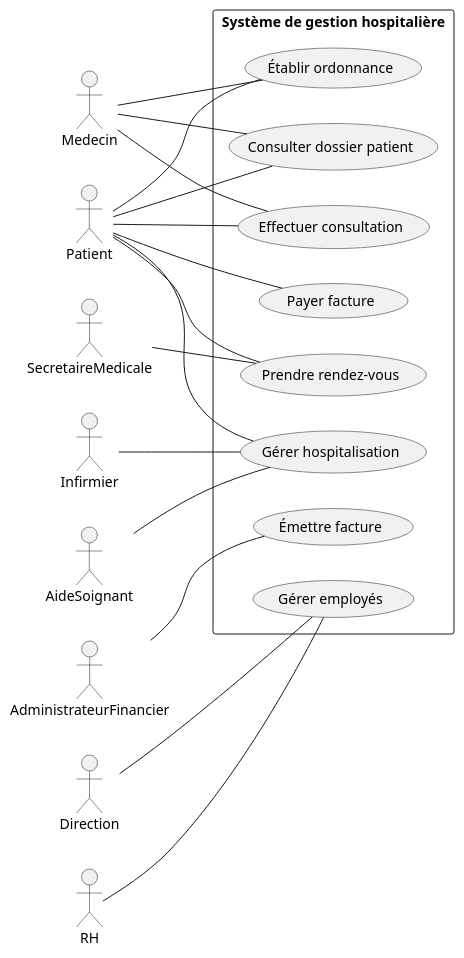
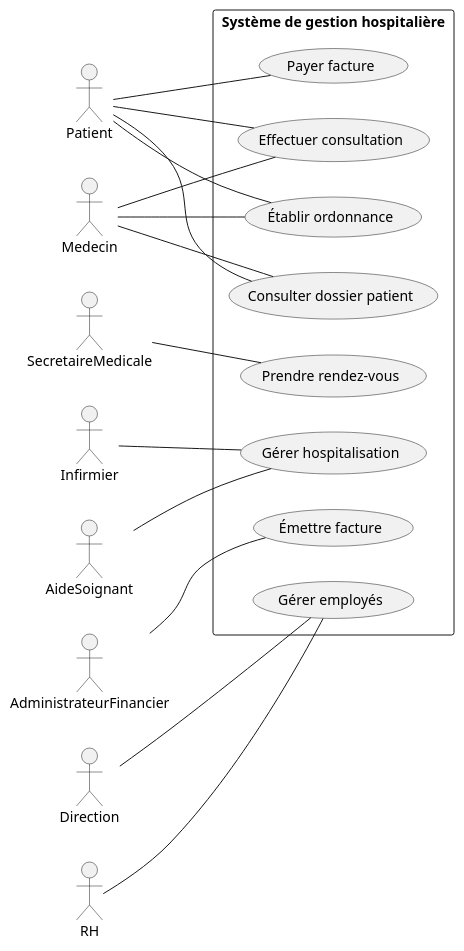
The diagram in diagramme/diagramme.puml (madara123-droid/frontent_gestion_clinique), drawn with PlantUML before and after one commit. The commit also changed 17 other files, not shown here.

```diff
--- a/diagramme/diagramme.puml
+++ b/diagramme/diagramme.puml
@@ -1,41 +1,39 @@
 @startuml diagramme_gestion_hospitaliere
 left to right direction
 
 actor Patient
 actor Medecin
 actor SecretaireMedicale
 actor Infirmier
 actor AideSoignant
 actor AdministrateurFinancier
 actor Direction
 actor RH
 
 rectangle "Système de gestion hospitalière" {
   
   usecase "Prendre rendez-vous" as UC1
   usecase "Consulter dossier patient" as UC2
   usecase "Effectuer consultation" as UC3
   usecase "Établir ordonnance" as UC4
   usecase "Émettre facture" as UC5
   usecase "Payer facture" as UC6
   usecase "Gérer hospitalisation" as UC7
   usecase "Gérer employés" as UC8
 }
 
 ' Relations
-Patient -- UC1
 SecretaireMedicale -- UC1
 Medecin -- UC2
 Medecin -- UC3
 Medecin -- UC4
 Patient -- UC2
 Patient -- UC3
 Patient -- UC4
 AdministrateurFinancier -- UC5
 Patient -- UC6
 Infirmier -- UC7
 AideSoignant -- UC7
-Patient -- UC7
 RH -- UC8
 Direction -- UC8
 @enduml
```
